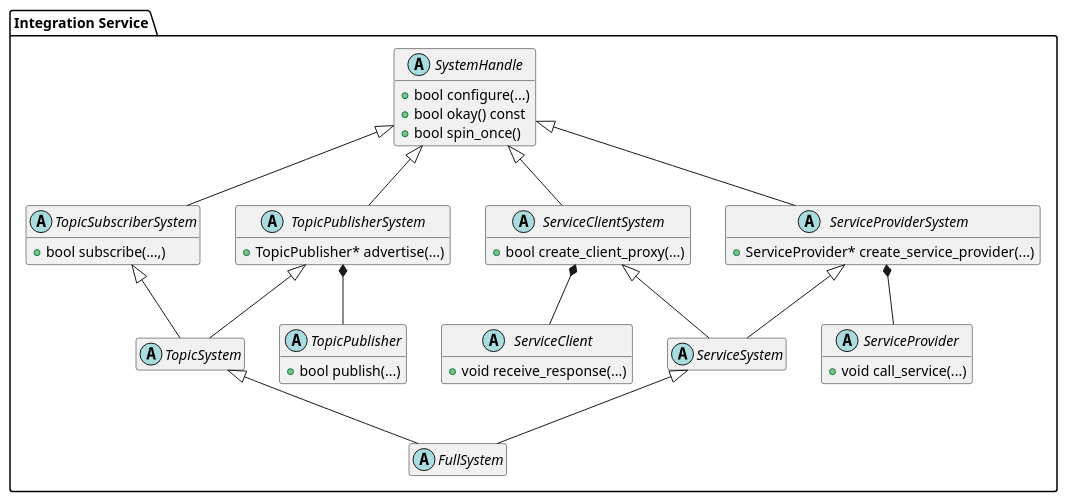
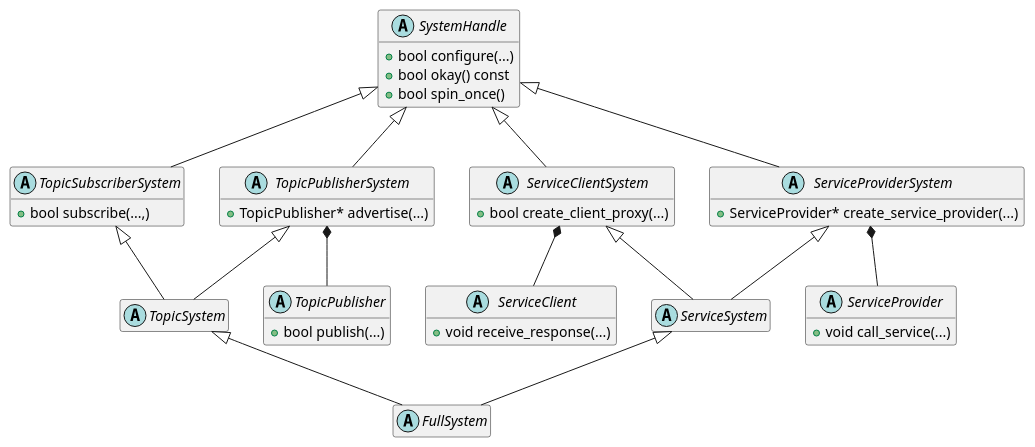
The diagram in docs/images/plantuml/sh_hierarchy.plantuml (eProsima/Integration-Service-docs), drawn with PlantUML before and after one commit. The commit also changed 14 other files, not shown here.

```diff
--- a/docs/images/plantuml/sh_hierarchy.plantuml
+++ b/docs/images/plantuml/sh_hierarchy.plantuml
@@ -4,73 +4,71 @@
 @startuml
 hide empty members
 
 
-package "Integration Service" {
 abstract "SystemHandle" as SH {
     +bool configure(...)
     +bool okay() const
     +bool spin_once()
 }
 
 
 abstract "TopicPublisher" as TP {
     +bool publish(...)
 }
 
 
 abstract "ServiceClient" as SC {
     +void receive_response(...)
 }
 
 
 abstract "ServiceProvider" as SP {
     +void call_service(...)
 }
 
 
 abstract "TopicSubscriberSystem" as TSS {
     +bool subscribe(...,)
 }
 
 
 abstract "TopicPublisherSystem" as TPS {
     +TopicPublisher* advertise(...)
 }
 
 
 abstract "ServiceClientSystem" as SCS {
     +bool create_client_proxy(...)
 }
 
 
 abstract "ServiceProviderSystem" as SPS {
     +ServiceProvider* create_service_provider(...)
 }
 
 
 abstract TopicSystem
 abstract ServiceSystem
 abstract FullSystem
 
 
 SH <|-- TPS
 SH <|-- TSS
 SH <|-- SCS
 SH <|-- SPS
 
 
 TSS <|-- TopicSystem
 TPS <|-- TopicSystem
 SCS <|-- ServiceSystem
 SPS <|-- ServiceSystem
 
 
 TopicSystem <|-- FullSystem
 ServiceSystem <|-- FullSystem
 
 
 TPS *-- TP
 SCS *-- SC
 SPS *-- SP
-}
 @enduml
```
